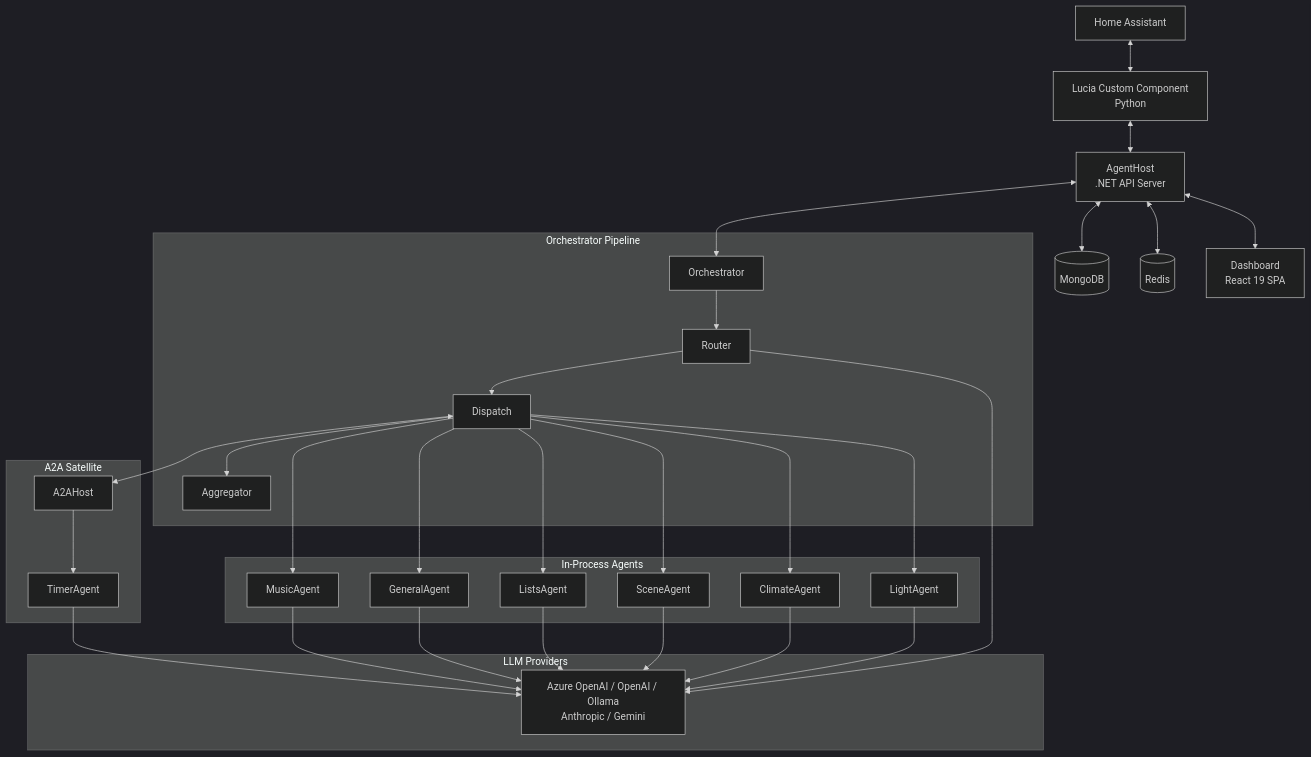
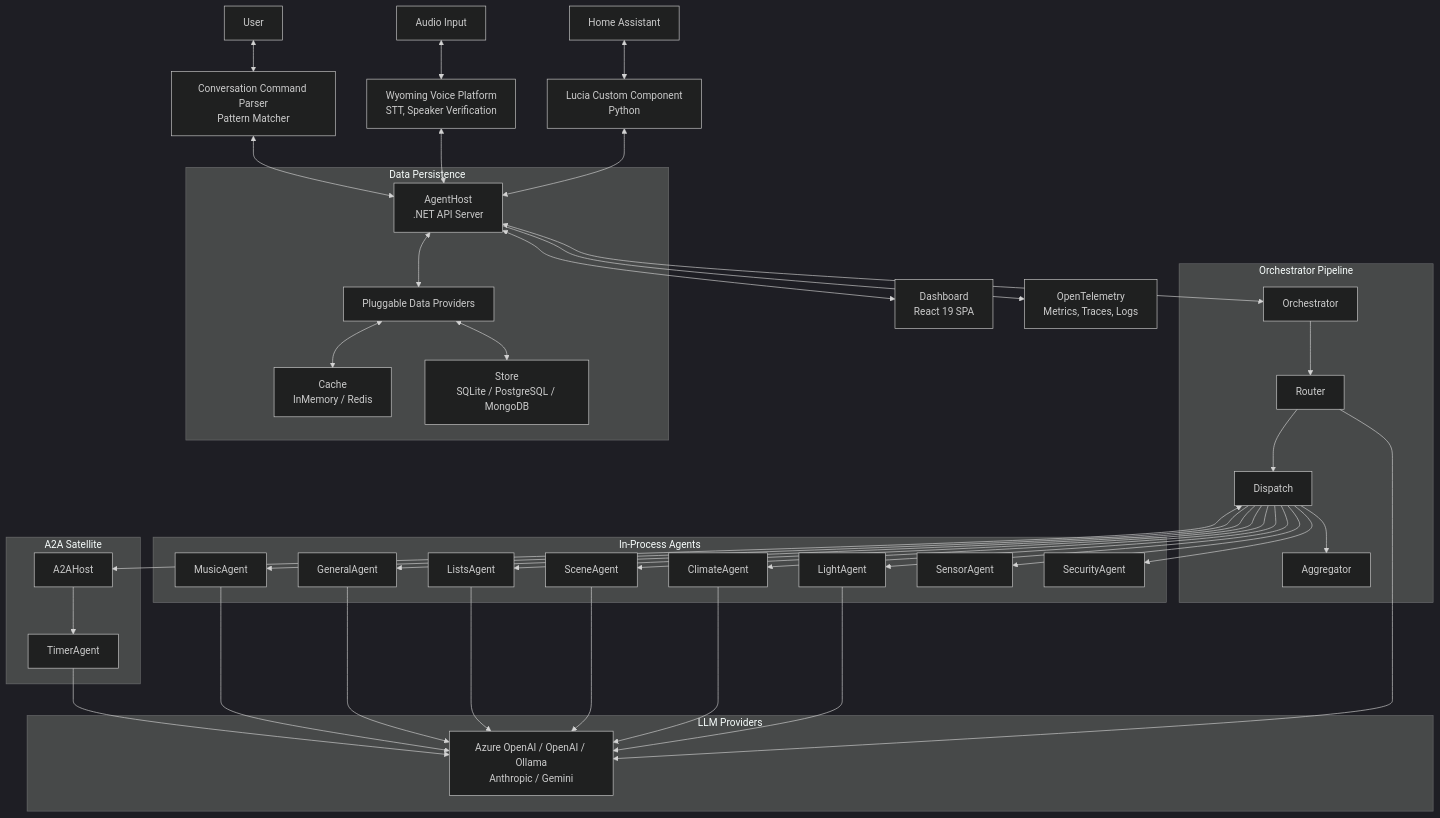
One commit to seiggy/lucia.ai changed the diagram in docs/architecture/overview.md. Above: the diagram before and after it, drawn with Mermaid (dark theme). The commit also changed other lines of this file and 87 other files, not shown here.

````diff
--- a/docs/architecture/overview.md
+++ b/docs/architecture/overview.md
@@ -12,44 +12,57 @@
 ```mermaid
 graph TB
     HA[Home Assistant] <--> CC[Lucia Custom Component<br/>Python]
     CC <--> AH[AgentHost<br/>.NET API Server]
+
+    Audio[Audio Input] <--> Voice[Wyoming Voice Platform<br/>STT, Speaker Verification]
+    Voice <--> AH
+
+    User[User] <--> Conv[Conversation Command Parser<br/>Pattern Matcher]
+    Conv <--> AH
 
     AH <--> Orch[Orchestrator]
 
     subgraph Orchestrator Pipeline
         Orch --> Router[Router]
         Router --> Dispatch[Dispatch]
         Dispatch --> Agg[Aggregator]
     end
 
     subgraph In-Process Agents
         Dispatch --> LA[LightAgent]
         Dispatch --> CA[ClimateAgent]
         Dispatch --> SA[SceneAgent]
         Dispatch --> LiA[ListsAgent]
         Dispatch --> GA[GeneralAgent]
         Dispatch --> MA[MusicAgent]
+        Dispatch --> SeA[SensorAgent]
+        Dispatch --> SecA[SecurityAgent]
     end
 
     subgraph A2A Satellite
         Dispatch <--> A2AHost[A2AHost]
         A2AHost --> TA[TimerAgent]
     end
 
     subgraph LLM Providers
         LLM[Azure OpenAI / OpenAI / Ollama<br/>Anthropic / Gemini]
     end
 
     Router --> LLM
     LA --> LLM
     CA --> LLM
     SA --> LLM
     LiA --> LLM
     GA --> LLM
     MA --> LLM
     TA --> LLM
 
-    AH <--> MongoDB[(MongoDB)]
-    AH <--> Redis[(Redis)]
+    subgraph Data Persistence
+        AH <--> DP[Pluggable Data Providers]
+        DP <--> Cache[Cache<br/>InMemory / Redis]
+        DP <--> Store[Store<br/>SQLite / PostgreSQL / MongoDB]
+    end
+
     AH <--> Dash[Dashboard<br/>React 19 SPA]
+    AH --> OTel[OpenTelemetry<br/>Metrics, Traces, Logs]
 ```
````
